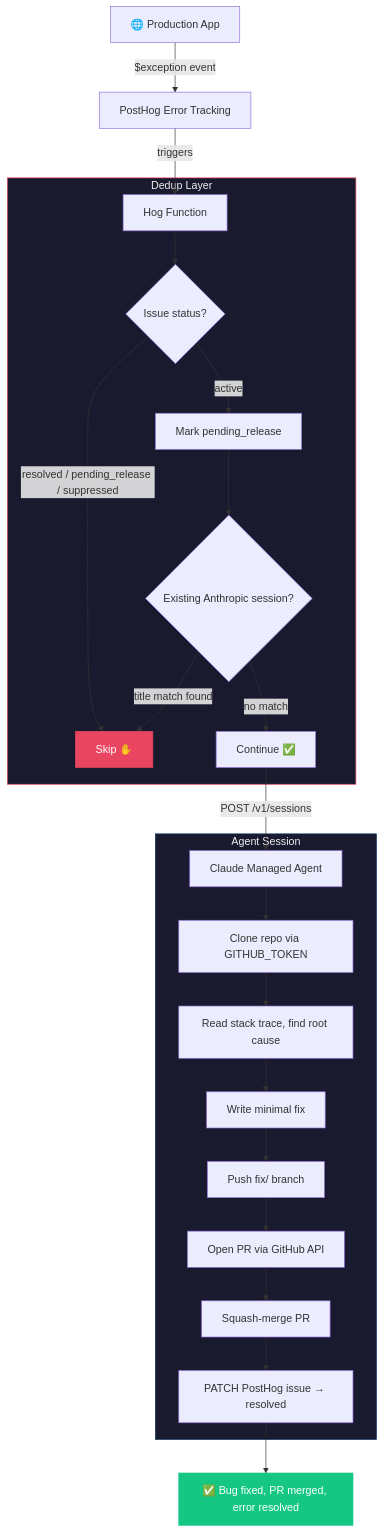
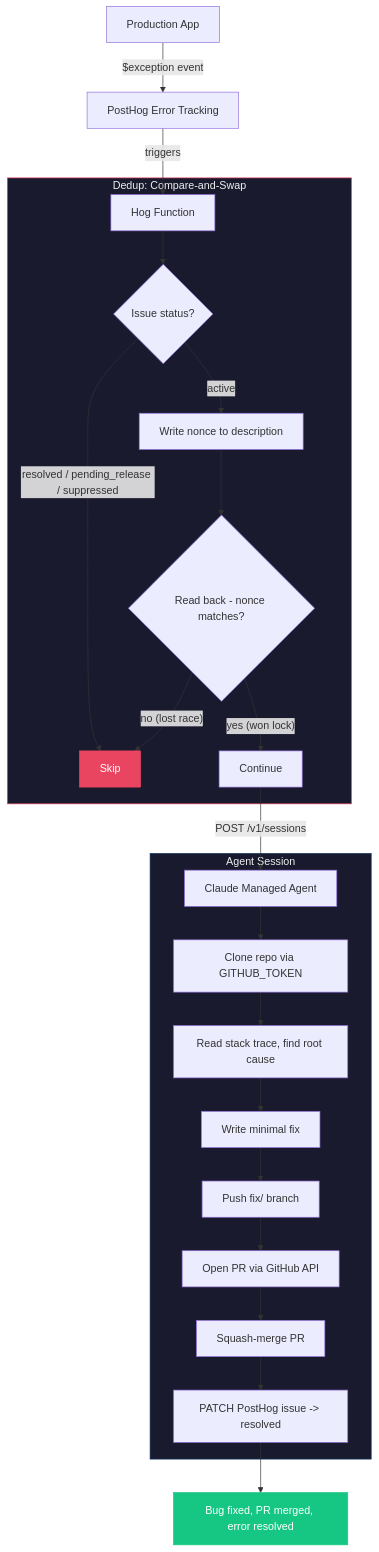
One commit to MattBro/posthog-bugfix-agent changed the diagram in OVERVIEW.md. Above: the diagram before and after it, drawn with Mermaid. The commit also changed other lines of this file and 1 other file, not shown here.

First line of the commit message:
Document CAS dedup, token efficiency, and agent log optimization

````diff
--- a/OVERVIEW.md
+++ b/OVERVIEW.md
@@ -3,33 +3,33 @@
 ```mermaid
 flowchart TD
-    A["🌐 Production App"] -->|"$exception event"| B["PostHog Error Tracking"]
+    A["Production App"] -->|"$exception event"| B["PostHog Error Tracking"]
     B -->|"triggers"| C["Hog Function"]
 
-    subgraph dedup ["Dedup Layer"]
+    subgraph dedup ["Dedup: Compare-and-Swap"]
         C --> D{"Issue status?"}
-        D -->|"resolved / pending_release / suppressed"| E["Skip ✋"]
-        D -->|"active"| F["Mark pending_release"]
-        F --> G{"Existing Anthropic session?"}
-        G -->|"title match found"| E
-        G -->|"no match"| H["Continue ✅"]
+        D -->|"resolved / pending_release / suppressed"| E["Skip"]
+        D -->|"active"| F["Write nonce to description"]
+        F --> G{"Read back - nonce matches?"}
+        G -->|"no (lost race)"| E
+        G -->|"yes (won lock)"| H["Continue"]
     end
 
     H -->|"POST /v1/sessions"| I["Claude Managed Agent"]
 
     subgraph agent ["Agent Session"]
         I --> J["Clone repo via GITHUB_TOKEN"]
         J --> K["Read stack trace, find root cause"]
         K --> L["Write minimal fix"]
         L --> M["Push fix/ branch"]
         M --> N["Open PR via GitHub API"]
         N --> O["Squash-merge PR"]
-        O --> P["PATCH PostHog issue → resolved"]
+        O --> P["PATCH PostHog issue -> resolved"]
     end
 
-    P --> Q["✅ Bug fixed, PR merged, error resolved"]
+    P --> Q["Bug fixed, PR merged, error resolved"]
 
     style dedup fill:#1a1a2e,stroke:#e94560,color:#eee
     style agent fill:#1a1a2e,stroke:#0f3460,color:#eee
     style E fill:#e94560,stroke:#e94560,color:#fff
     style Q fill:#16c784,stroke:#16c784,color:#fff
 ```
````
